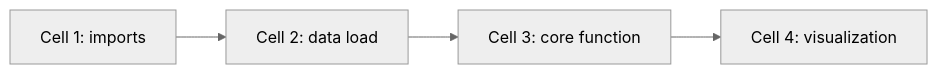
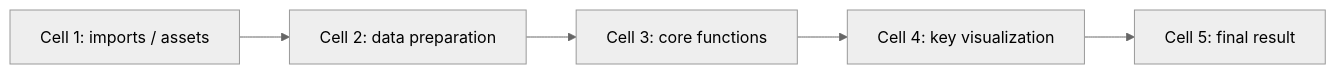
The second of 4 diagrams in docs/blog/_template/CASE_BLOG_TEMPLATE.md (EvihGraphics/AnimationTech-HTC), drawn with Mermaid (neutral theme) before and after one commit. The commit also changed other lines of this file and 319 other files, not shown here.

````diff
--- a/docs/blog/_template/CASE_BLOG_TEMPLATE.md
+++ b/docs/blog/_template/CASE_BLOG_TEMPLATE.md
@@ -36,6 +38,7 @@
 ```mermaid
 flowchart LR
-    C1[Cell 1: imports] --> C2[Cell 2: data load]
-    C2 --> C3[Cell 3: core function]
-    C3 --> C4[Cell 4: visualization]
+    C1[Cell 1: imports / assets] --> C2[Cell 2: data preparation]
+    C2 --> C3[Cell 3: core functions]
+    C3 --> C4[Cell 4: key visualization]
+    C4 --> C5[Cell 5: final result]
 ```
````
